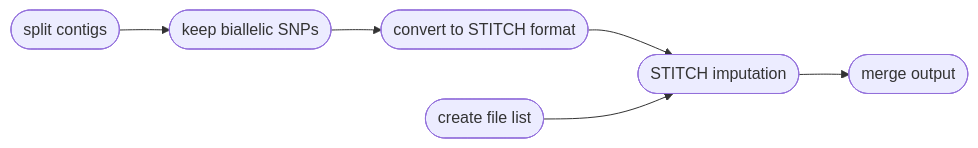
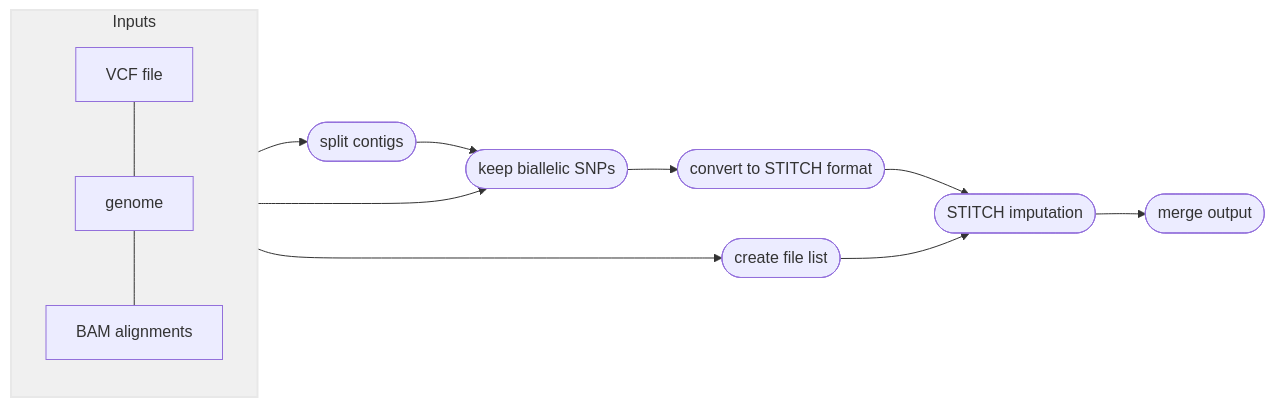
The diagram in Modules/impute.md (pdimens/harpy), drawn with Mermaid before and after one commit. The commit also changed 10 other files, not shown here.

Commit message:
make all the mermaids nicer

````diff
--- a/Modules/impute.md
+++ b/Modules/impute.md
@@ -180,8 +180,15 @@
 ```mermaid
 graph LR
+    subgraph Inputs
+        v[VCF file]---gen[genome]
+        gen---bam[BAM alignments]
+    end
     B([split contigs])-->C([keep biallelic SNPs])
+    Inputs-->B & C & G
     C-->D([convert to STITCH format])
     D-->E([STITCH imputation])
     E-->F([merge output])
     G([create file list])-->E
+    style Inputs fill:#f0f0f0,stroke:#e8e8e8,stroke-width:2px
+
 ```
````
